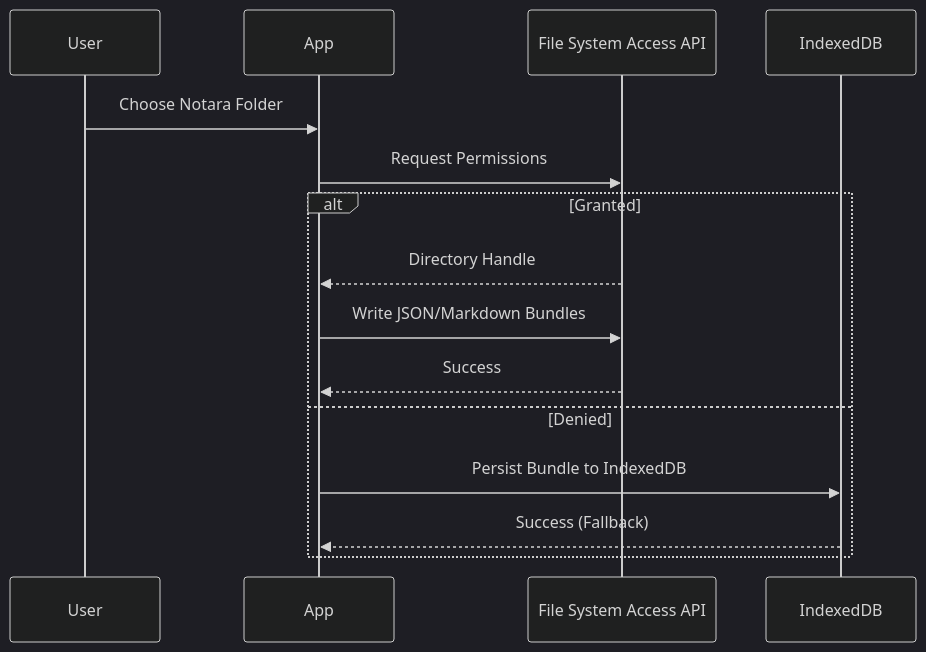
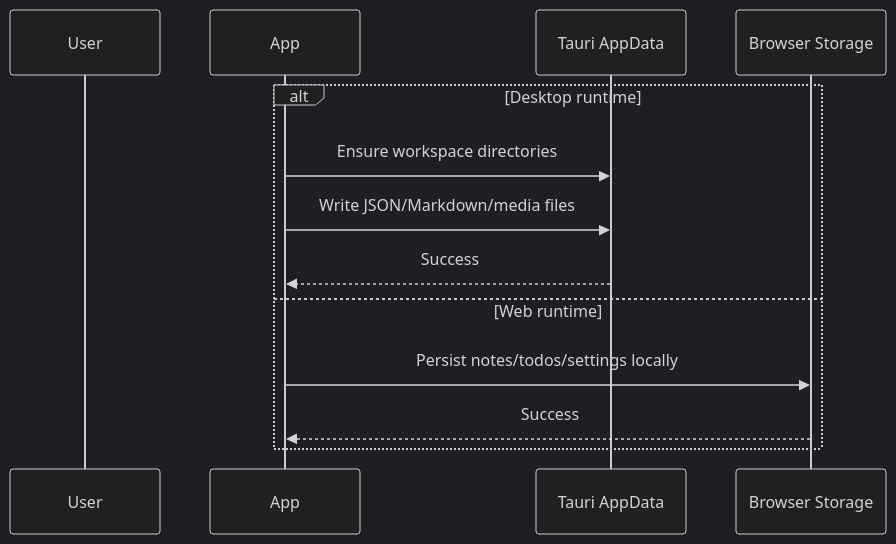
Before and after one commit to pinkpixel-dev/notara: the third of 4 diagrams in OVERVIEW.md, drawn with Mermaid (dark theme). The commit also changed other lines of this file and 3 other files, not shown here.

````diff
--- a/OVERVIEW.md
+++ b/OVERVIEW.md
@@ -506,18 +534,16 @@
 ```mermaid
 sequenceDiagram
     participant U as User
     participant A as App
-    participant F as File System Access API
-    participant I as IndexedDB
+    participant T as Tauri AppData
+    participant B as Browser Storage
 
-    U->>A: Choose Notara Folder
-    A->>F: Request Permissions
-    alt Granted
-        F-->>A: Directory Handle
-        A->>F: Write JSON/Markdown Bundles
-        F-->>A: Success
-    else Denied
-        A->>I: Persist Bundle to IndexedDB
-        I-->>A: Success (Fallback)
+    alt Desktop runtime
+        A->>T: Ensure workspace directories
+        A->>T: Write JSON/Markdown/media files
+        T-->>A: Success
+    else Web runtime
+        A->>B: Persist notes/todos/settings locally
+        B-->>A: Success
     end
 ```
````
